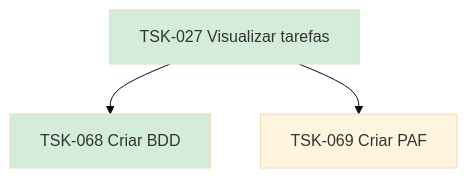
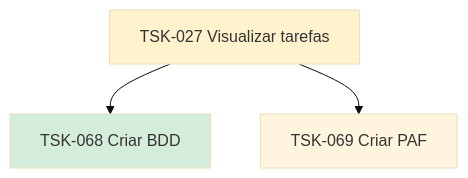
Before and after one commit to laerciogermano/workstation: the diagram in flow/tasks/TSK-001-criar-epico/TSK-002-criar-as-historias/TSK-005-gantt/TSK-027-visualizar-tarefas/README.md, drawn with Mermaid (base theme). The commit also changed other lines of this file and 53 other files, not shown here.

````diff
--- a/flow/tasks/TSK-001-criar-epico/TSK-002-criar-as-historias/TSK-005-gantt/TSK-027-visualizar-tarefas/README.md
+++ b/flow/tasks/TSK-001-criar-epico/TSK-002-criar-as-historias/TSK-005-gantt/TSK-027-visualizar-tarefas/README.md
@@ -12,10 +12,10 @@
 ```mermaid
 flowchart TD
   T027[TSK-027 Visualizar tarefas]
   T068[TSK-068 Criar BDD]
   T069[TSK-069 Criar PAF]
   T027 --> T068
   T027 --> T069
-  style T027 fill:#d4edda
+  style T027 fill:#fff3cd
   style T068 fill:#d4edda
 ```
````
